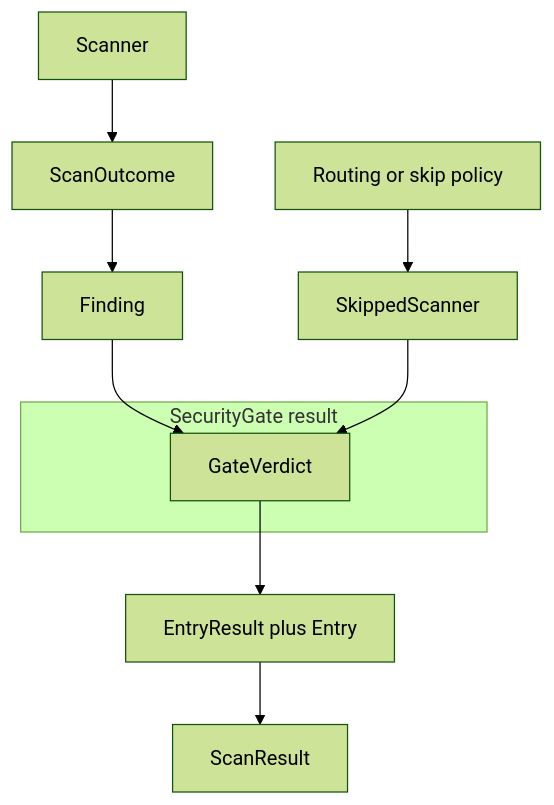
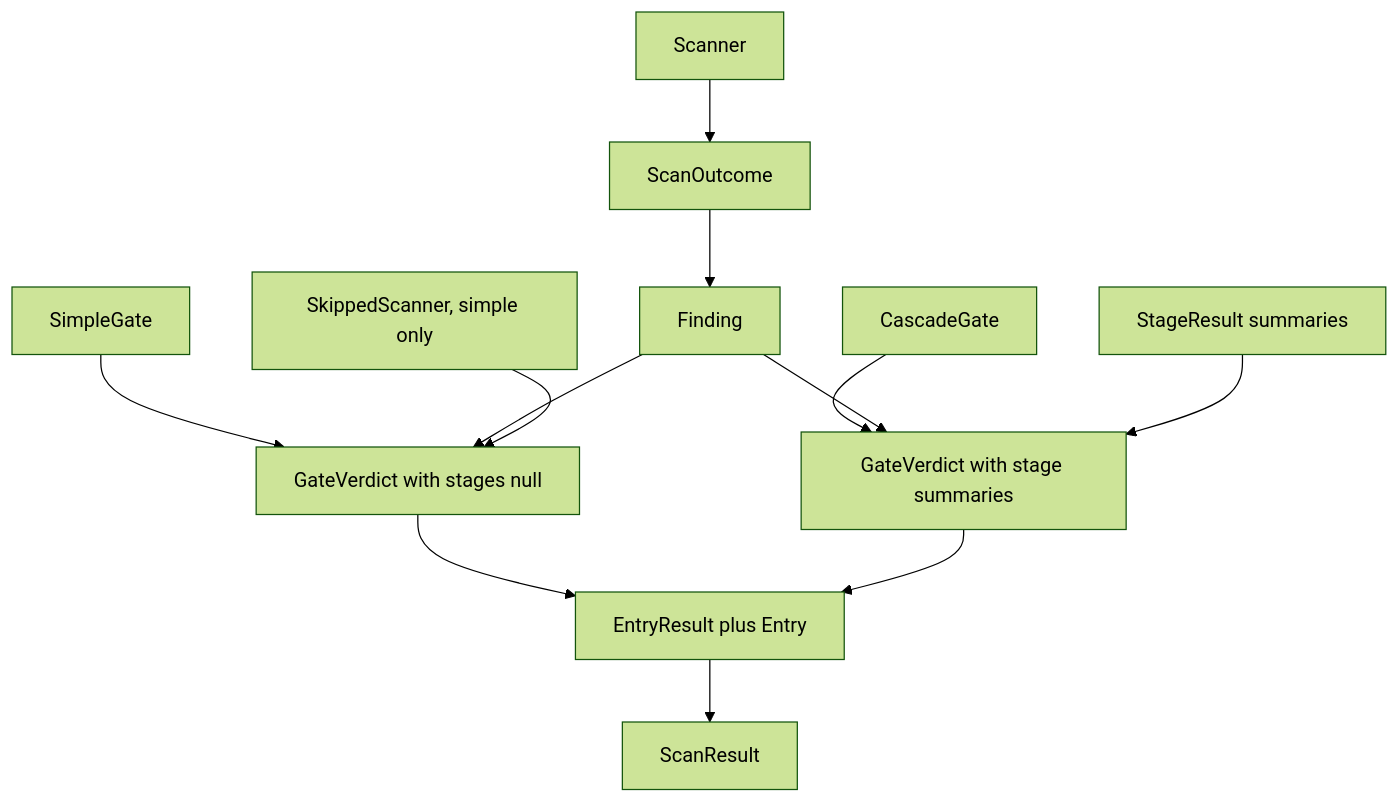
One commit to InditexTech/cerbia changed the fifth of 5 diagrams in docs/src/modules/main/pages/architecture.adoc. Above: the diagram before and after it, drawn with Mermaid (forest theme). The commit also changed other lines of this file and 20 other files, not shown here.

Commit message:
docs: explain simple and cascade gate contracts and tradeoffs

```diff
--- a/docs/src/modules/main/pages/architecture.adoc
+++ b/docs/src/modules/main/pages/architecture.adoc
@@ -129,18 +187,17 @@
 [mermaid]
 ....
 flowchart TD
 accTitle: CerbIA result hierarchy
-accDescr: Scanners produce scan outcomes that become findings. Routing and skip policy can produce skipped scanners. Findings and skipped scanners belong to a SecurityGate verdict, which is associated with an entry in EntryResult and collected into ScanResult.
+accDescr: Simple and cascade gate verdicts share one entry result and scan result shape. Simple results have null stages and unowned findings; cascade results add ordered stage summaries and stage IDs on findings.
     A[Scanner] --> B[ScanOutcome]
     B --> C[Finding]
-    D[Routing or skip policy] --> E[SkippedScanner]
-
-    subgraph F[SecurityGate result]
-        G[GateVerdict]
-    end
-
+    D[SimpleGate] --> E[GateVerdict with stages null]
+    F[CascadeGate] --> G[GateVerdict with stage summaries]
+    C --> E
     C --> G
-    E --> G
-    G --> H[EntryResult plus Entry]
-    H --> I[ScanResult]
+    H[SkippedScanner, simple only] --> E
+    K[StageResult summaries] --> G
+    E --> I[EntryResult plus Entry]
+    G --> I
+    I --> J[ScanResult]
 ....
```
